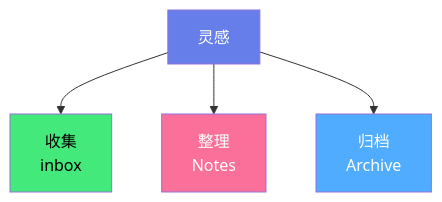
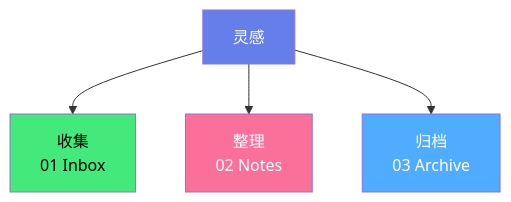
The diagram in content/index.md (asddddfgg/txdcb.com), drawn with Mermaid before and after one commit. The commit also changed 8 other files, not shown here.

````diff
--- a/content/index.md
+++ b/content/index.md
@@ -7,10 +7,10 @@
 ```mermaid
 graph TD
-    T[灵感] --> A[收集 <br> inbox]
-    T --> S[整理<br> Notes]
-    T --> C[归档<br> Archive]
+    T[灵感] --> A[收集 <br> 01 Inbox]
+    T --> S[整理<br> 02 Notes]
+    T --> C[归档<br> 03 Archive]
     style T fill:#667eea,color:#fff
     style A fill:#43e97b,color:#000
     style S fill:#fa709a,color:#fff
     style C fill:#4facfe,color:#fff
 ``` 
````
